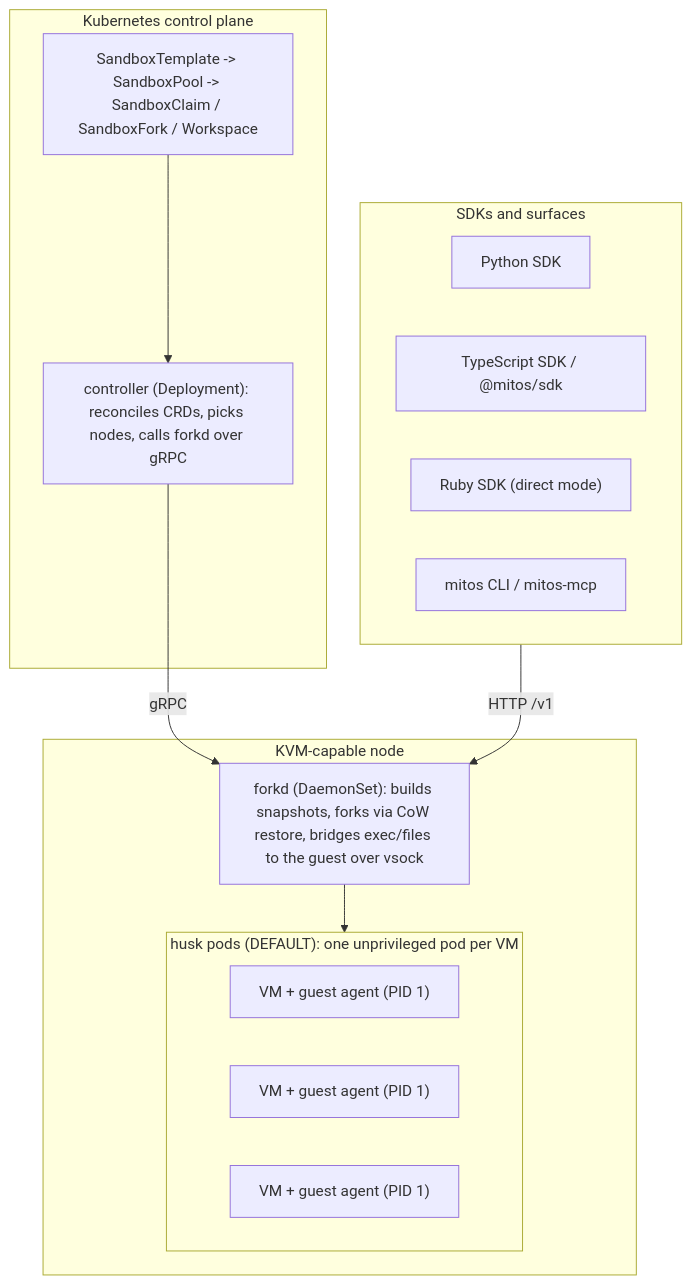
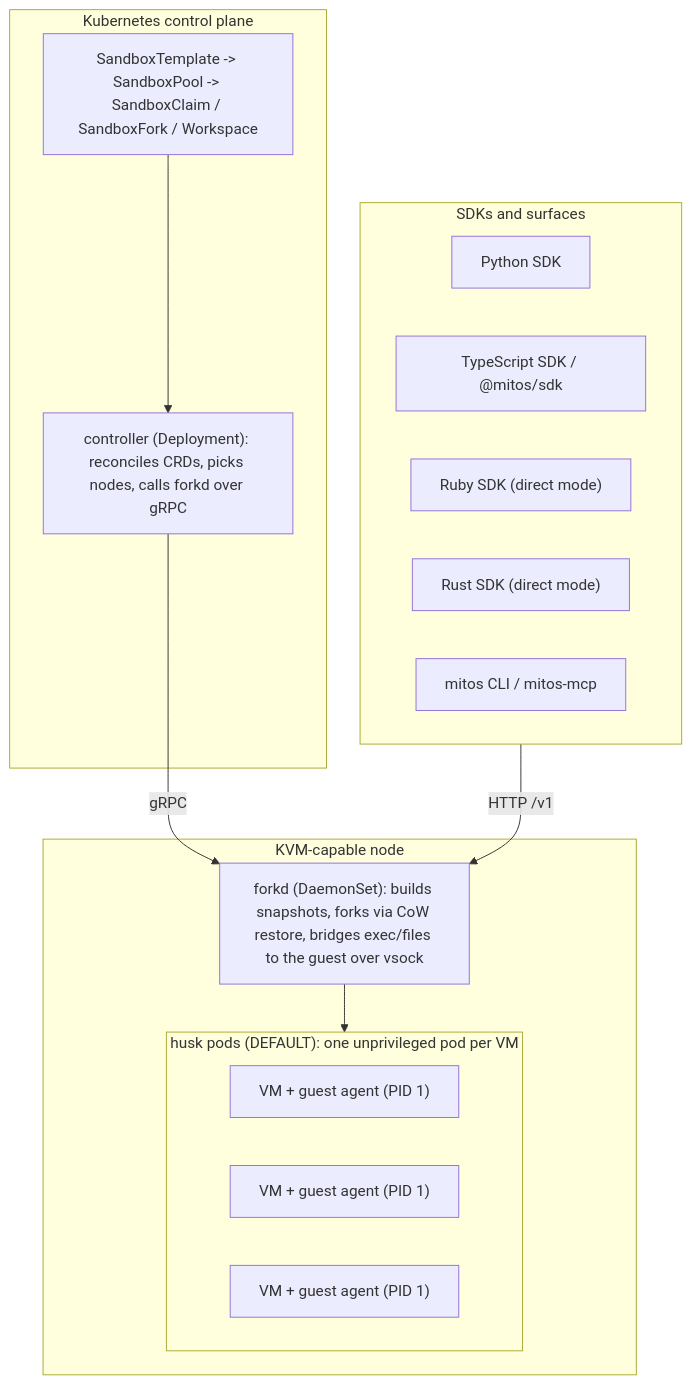
The diagram in README.md (mitos-run/mitos), drawn with Mermaid before and after one commit. The commit also changed other lines of this file and 8 other files, not shown here.

````diff
--- a/README.md
+++ b/README.md
@@ -331,28 +333,29 @@
 ```mermaid
 flowchart TB
   subgraph SDKs["SDKs and surfaces"]
     PY["Python SDK"]
     TS["TypeScript SDK / @mitos/sdk"]
     RB["Ruby SDK (direct mode)"]
+    RS["Rust SDK (direct mode)"]
     CLI["mitos CLI / mitos-mcp"]
   end
 
   subgraph CP["Kubernetes control plane"]
     CRD["SandboxTemplate -> SandboxPool -> SandboxClaim / SandboxFork / Workspace"]
     CTRL["controller (Deployment): reconciles CRDs, picks nodes, calls forkd over gRPC"]
     CRD --> CTRL
   end
 
   subgraph NODE["KVM-capable node"]
     FORKD["forkd (DaemonSet): builds snapshots, forks via CoW restore, bridges exec/files to the guest over vsock"]
     subgraph PODS["husk pods (DEFAULT): one unprivileged pod per VM"]
       VM1["VM + guest agent (PID 1)"]
       VM2["VM + guest agent (PID 1)"]
       VM3["VM + guest agent (PID 1)"]
     end
     FORKD --> PODS
   end
 
   SDKs -->|HTTP /v1| FORKD
   CTRL -->|gRPC| FORKD
 ```
````
